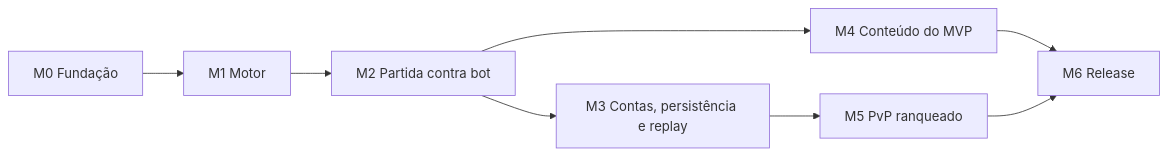
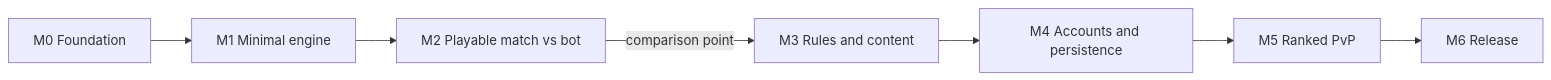
One commit to heronoa/eldritch-alley changed the diagram in ROADMAP.md. Above: the diagram before and after it, drawn with Mermaid. The commit also changed other lines of this file, not shown here.

First line of the commit message:
docs: rewrite roadmap in English with revised milestones

````diff
--- a/ROADMAP.md
+++ b/ROADMAP.md
@@ -26,10 +25,9 @@
 ```mermaid
 graph LR
-  M0[M0 Fundação] --> M1[M1 Motor]
-  M1 --> M2[M2 Partida contra bot]
-  M2 --> M3[M3 Contas, persistência e replay]
-  M2 --> M4[M4 Conteúdo do MVP]
-  M3 --> M5[M5 PvP ranqueado]
-  M4 --> M6[M6 Release]
-  M5 --> M6
+  M0[M0 Foundation] --> M1[M1 Minimal engine]
+  M1 --> M2[M2 Playable match vs bot]
+  M2 -->|comparison point| M3[M3 Rules and content]
+  M3 --> M4[M4 Accounts and persistence]
+  M4 --> M5[M5 Ranked PvP]
+  M5 --> M6[M6 Release]
 ```
````
